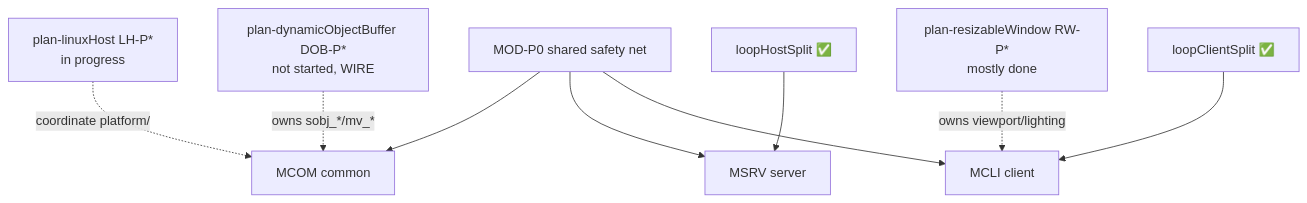
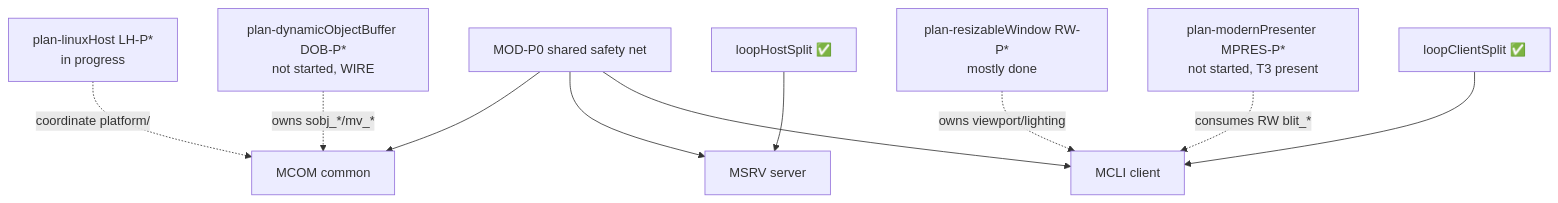
The diagram in docs/plans/todo/modernization/README.md (CearDragon/ultima-vi-online), drawn with Mermaid before and after one commit. The commit also changed other lines of this file and 16 other files, not shown here.

````diff
--- a/docs/plans/todo/modernization/README.md
+++ b/docs/plans/todo/modernization/README.md
@@ -129,12 +129,13 @@
 ```mermaid
 flowchart TD
     P0[MOD-P0 shared safety net] --> CM[MCOM common]
     P0 --> SV[MSRV server]
     P0 --> CL[MCLI client]
 
     LH[plan-linuxHost LH-P*<br/>in progress] -. coordinate platform/ .-> CM
     DOB[plan-dynamicObjectBuffer DOB-P*<br/>not started, WIRE] -. owns sobj_*/mv_* .-> CM
     RW[plan-resizableWindow RW-P*<br/>mostly done] -. owns viewport/lighting .-> CL
+    MPRES[plan-modernPresenter MPRES-P*<br/>not started, T3 present] -. consumes RW blit_* .-> CL
     LCS[loopClientSplit ✅] --> CL
     LHS[loopHostSplit ✅] --> SV
 ```
````
